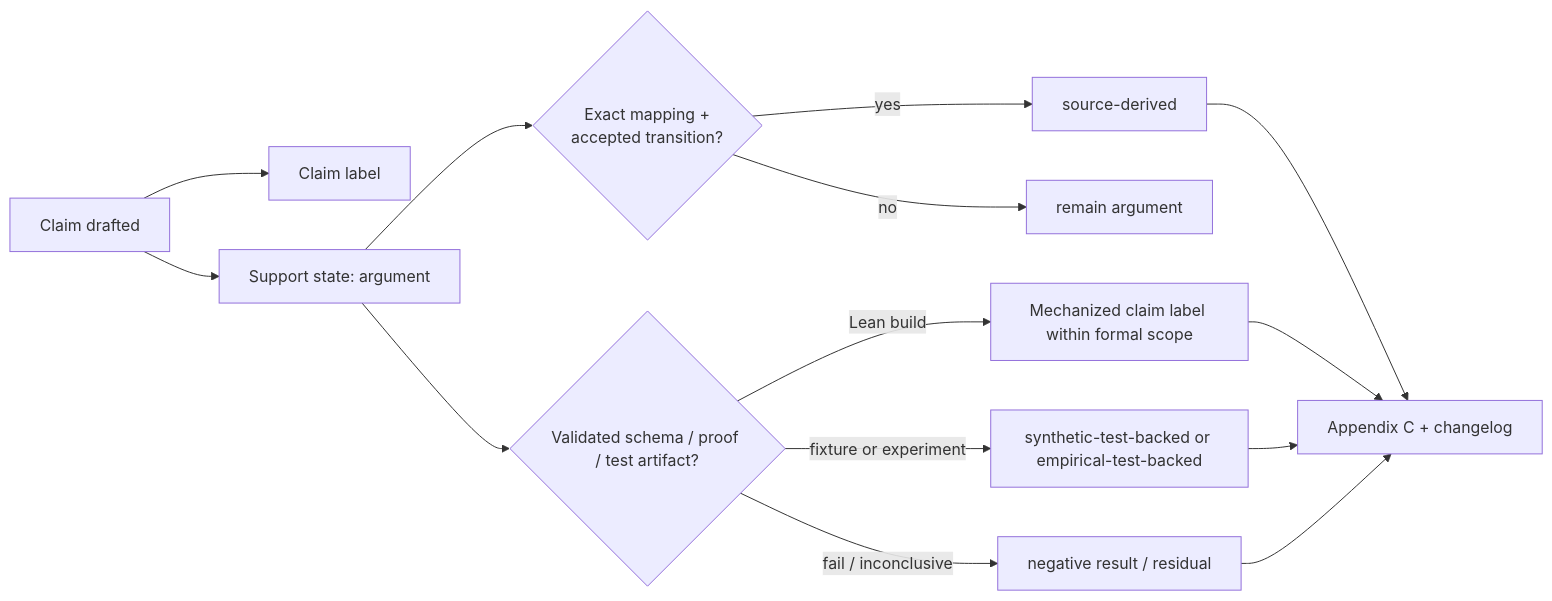
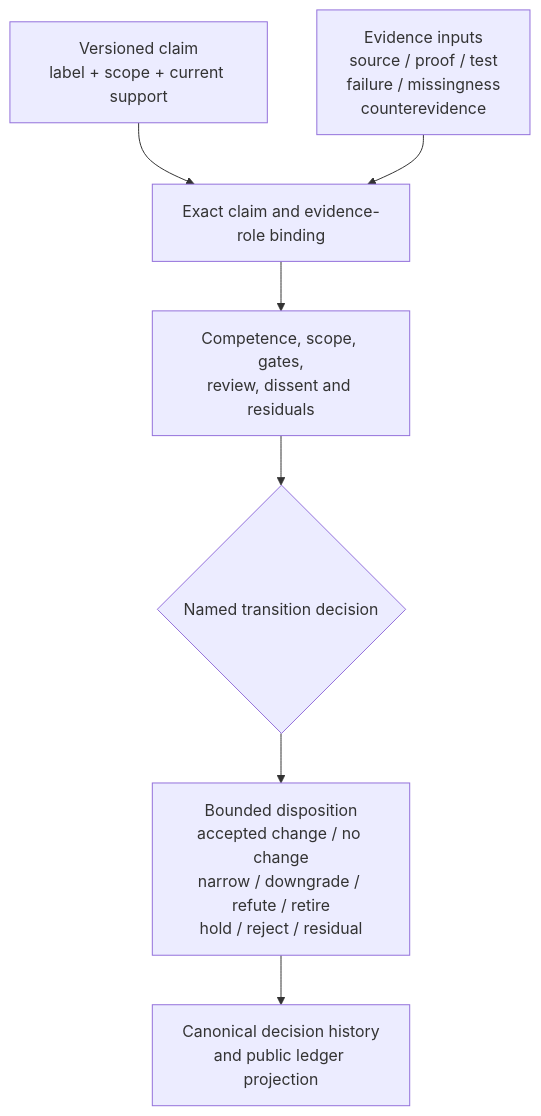
The first of 2 diagrams in chapters/evidence-states-and-claim-discipline.qmd (corbensorenson/asi-stack-book), drawn with Mermaid before and after one commit. The commit also changed other lines of this file and 345 other files, not shown here.

````diff
--- a/chapters/evidence-states-and-claim-discipline.qmd
+++ b/chapters/evidence-states-and-claim-discipline.qmd
@@ -141,16 +167,11 @@
 ```{mermaid}
-flowchart LR
-  A["Claim drafted"] --> B["Claim label"]
-  A --> C["Support state: argument"]
-  C --> D{"Exact mapping +<br/>accepted transition?"}
-  D -- "yes" --> E["source-derived"]
-  C --> F{"Validated schema / proof / test artifact?"}
-  F -- "Lean build" --> G["Mechanized claim label within formal scope"]
-  F -- "fixture or experiment" --> H["synthetic-test-backed or empirical-test-backed"]
-  D -- "no" --> I["remain argument"]
-  F -- "fail / inconclusive" --> J["negative result / residual"]
-  E --> K["Appendix C + changelog"]
-  G --> K
-  H --> K
-  J --> K
+flowchart TD
+  accTitle: Proposed claim-specific evidence review
+  accDescr: A versioned claim retains separate label and support fields. Source, proof, test, and adverse evidence enter an exact claim binding and competence review. A named transition authority can accept a bounded support change, narrow or refute, hold, reject, or retain no change. Accepted decisions update the public projection; artifact validation alone has no path to promotion.
+  A["Versioned claim<br/>label + scope + current support"] --> B["Exact claim and evidence-role binding"]
+  S["Evidence inputs<br/>source / proof / test<br/>failure / missingness<br/>counterevidence"] --> B
+  B --> C["Competence, scope, gates,<br/>review, dissent and residuals"]
+  C --> D{"Named transition decision"}
+  D --> O["Bounded disposition<br/>accepted change / no change<br/>narrow / downgrade / refute / retire<br/>hold / reject / residual"]
+  O --> K["Canonical decision history<br/>and public ledger projection"]
 ```
````
